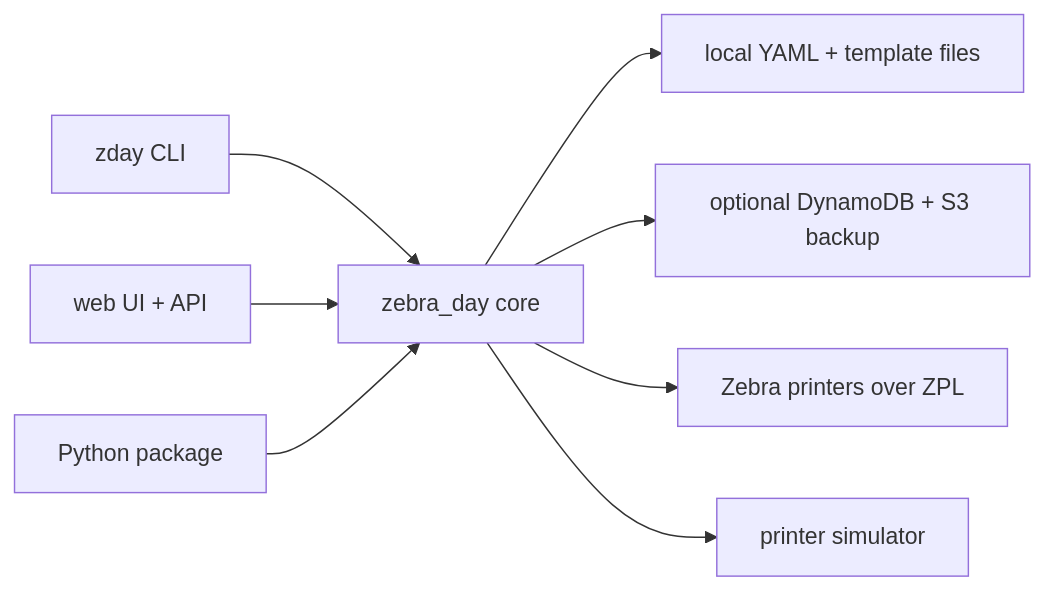
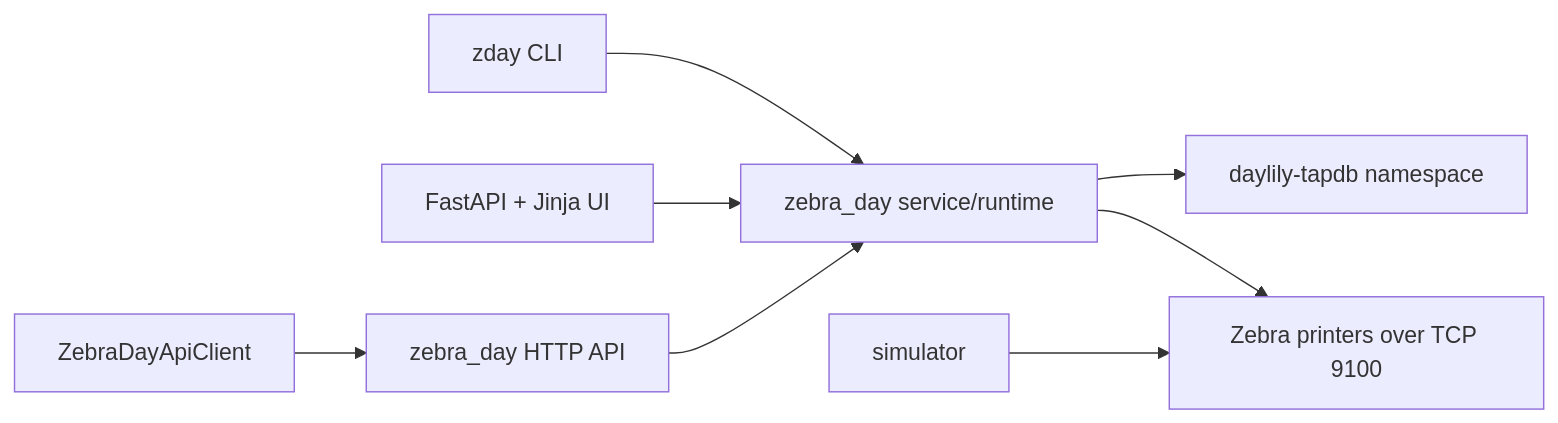
The diagram in README.md (Daylily-Informatics/zebra_day), drawn with Mermaid before and after one commit. The commit also changed other lines of this file and 75 other files, not shown here.

Commit message:
Hard-cut zebra_day to TapDB-only runtime

````diff
--- a/README.md
+++ b/README.md
@@ -25,10 +33,10 @@
 ```mermaid
 flowchart LR
-    CLI["zday CLI"] --> Core["zebra_day core"]
-    Web["web UI + API"] --> Core
-    Py["Python package"] --> Core
-    Core --> Local["local YAML + template files"]
-    Core --> Dynamo["optional DynamoDB + S3 backup"]
-    Core --> Printers["Zebra printers over ZPL"]
-    Core --> Sim["printer simulator"]
+    CLI["zday CLI"] --> Service["zebra_day service/runtime"]
+    GUI["FastAPI + Jinja UI"] --> Service
+    APIClient["ZebraDayApiClient"] --> API["zebra_day HTTP API"]
+    API --> Service
+    Service --> TapDB["daylily-tapdb namespace"]
+    Service --> Printers["Zebra printers over TCP 9100"]
+    Simulator["simulator"] --> Printers
 ```
````
